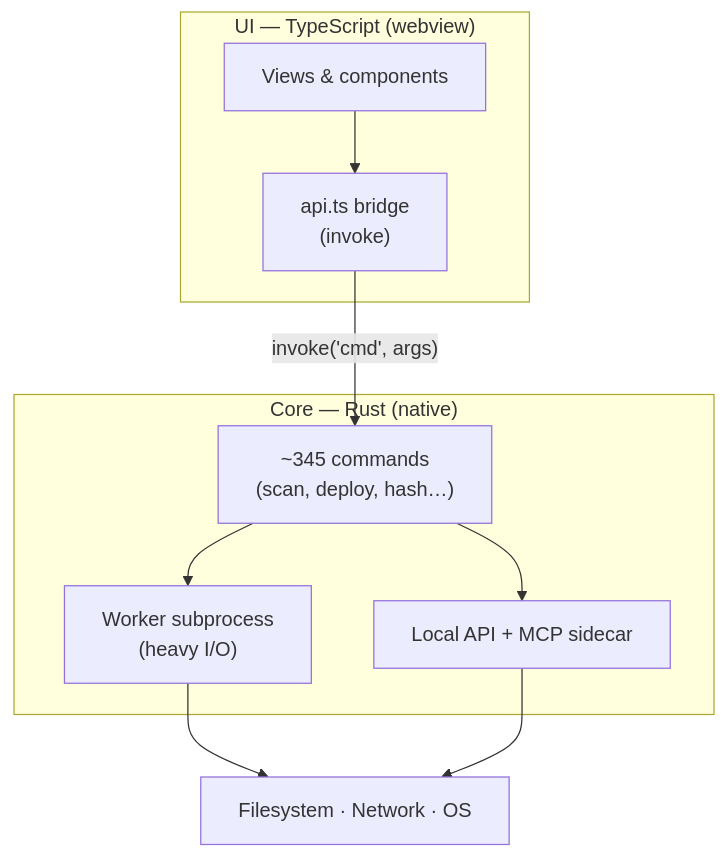
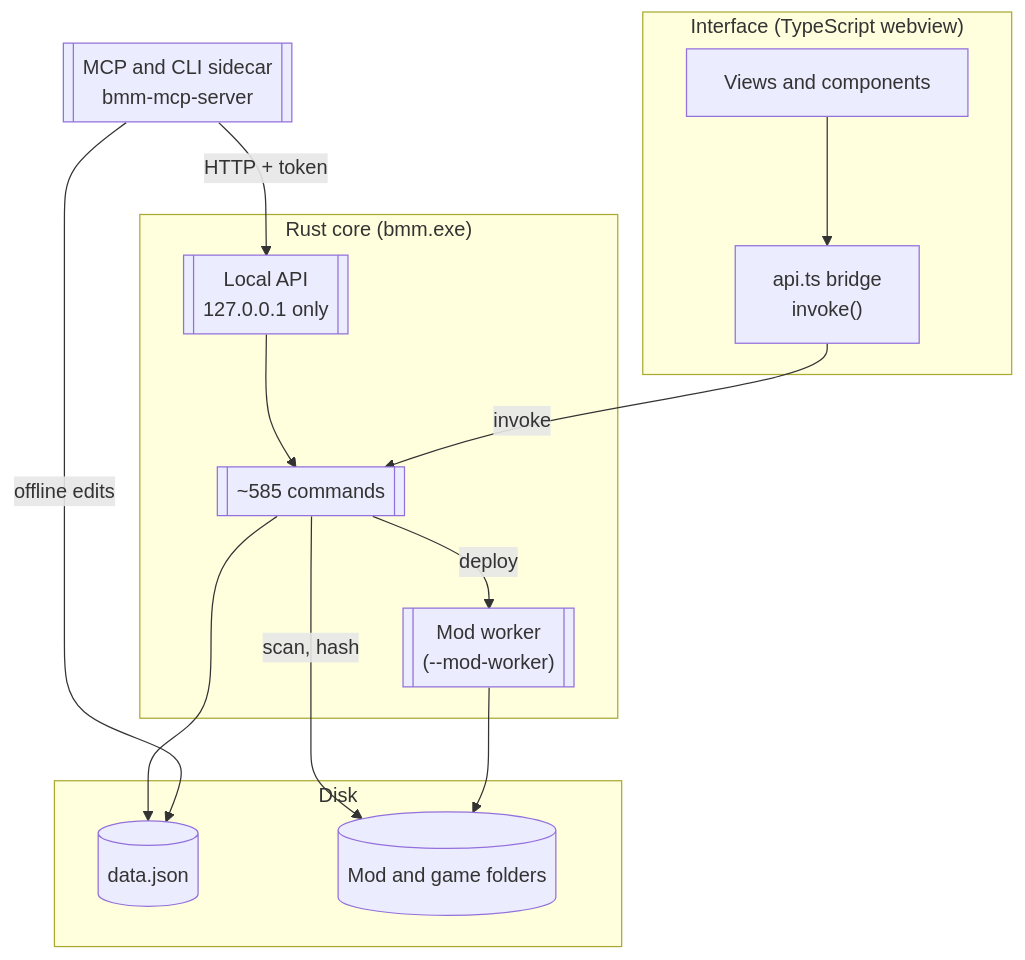
The diagram in frontend/assets/docs/en/how-it-works/architecture.md (FreeProject089/BetterModsManager), drawn with Mermaid before and after one commit. The commit also changed 176 other files, not shown here.

````diff
--- a/frontend/assets/docs/en/how-it-works/architecture.md
+++ b/frontend/assets/docs/en/how-it-works/architecture.md
@@ -14,19 +14,24 @@
 ```mermaid
-flowchart TB
-    subgraph UI["UI — TypeScript (webview)"]
-        VIEWS["Views &amp; components"]
-        BRIDGE["api.ts bridge<br/>(invoke)"]
+flowchart TD
+    subgraph UI["Interface (TypeScript webview)"]
+        VIEWS["Views and components"] --> BRIDGE["api.ts bridge<br/>invoke()"]
     end
-    subgraph CORE["Core — Rust (native)"]
-        CMDS["~345 commands<br/>(scan, deploy, hash…)"]
-        WORK["Worker subprocess<br/>(heavy I/O)"]
-        HTTP["Local API + MCP sidecar"]
+    subgraph CORE["Rust core (bmm.exe)"]
+        CMDS[["~585 commands"]]
+        API[["Local API<br/>127.0.0.1 only"]]
+        WORK[["Mod worker<br/>(--mod-worker)"]]
     end
-    OS["Filesystem · Network · OS"]
-
-    VIEWS --> BRIDGE
-    BRIDGE -- "invoke('cmd', args)" --> CMDS
-    CMDS --> WORK --> OS
-    CMDS --> HTTP
-    HTTP --> OS
+    MCP[["MCP and CLI sidecar<br/>bmm-mcp-server"]]
+    subgraph DISK["Disk"]
+        DATA[("data.json")]
+        FILES[("Mod and game folders")]
+    end
+    BRIDGE -- "invoke" --> CMDS
+    API --> CMDS
+    MCP -- "HTTP + token" --> API
+    MCP -- "offline edits" --> DATA
+    CMDS --> DATA
+    CMDS -- "deploy" --> WORK
+    WORK --> FILES
+    CMDS -- "scan, hash" --> FILES
 ```
````
